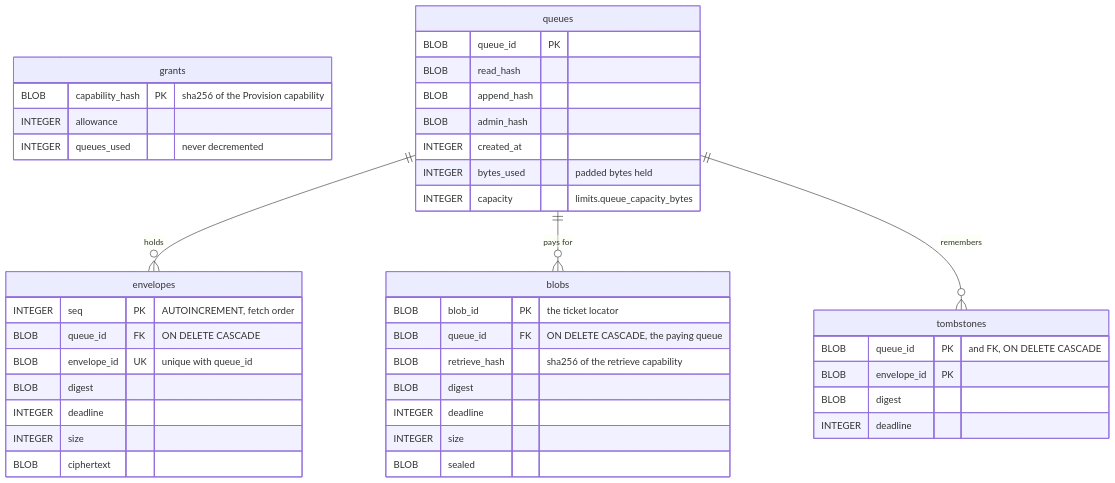
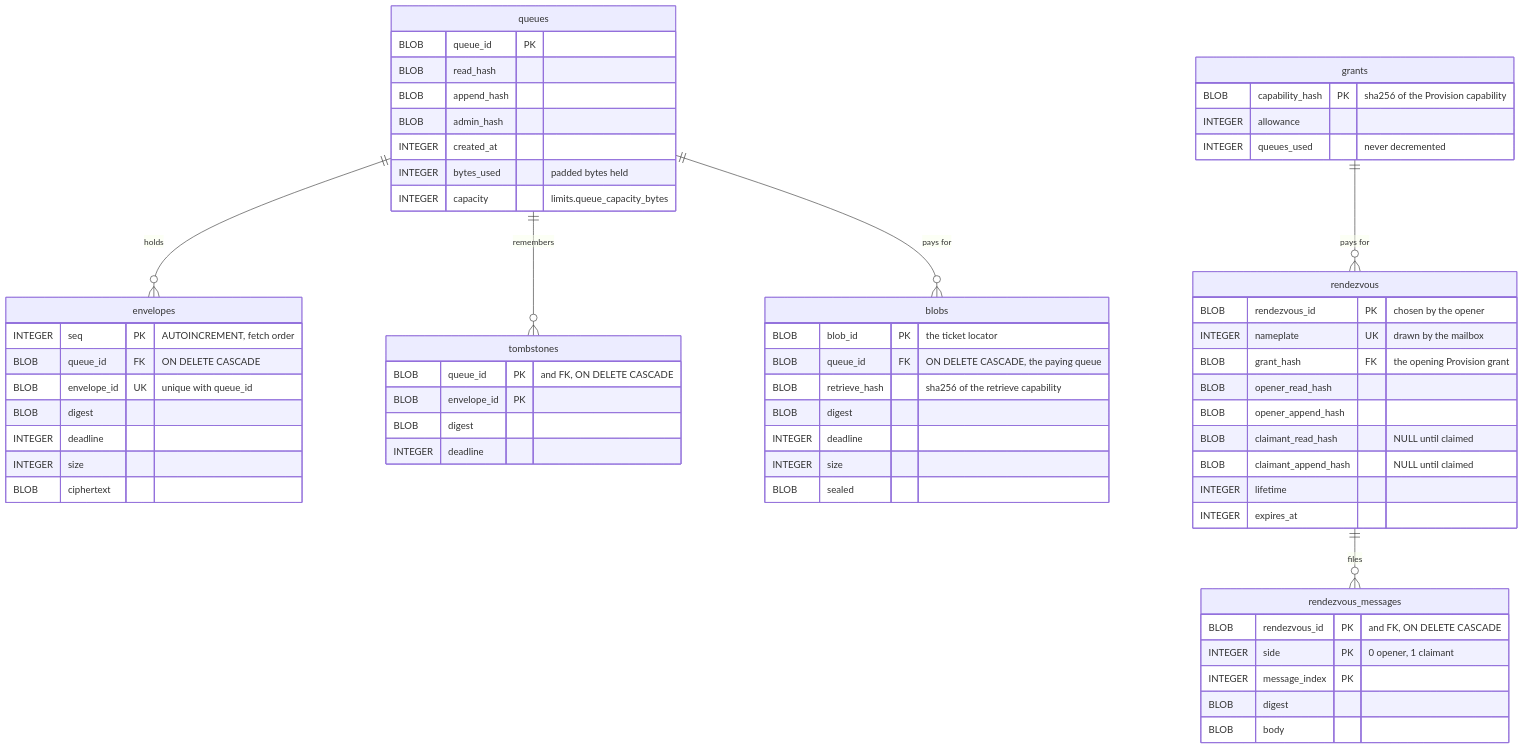
One commit to Roasbeef/pondline changed the sixth of 6 diagrams in docs/architecture/mailbox.md. Above: the diagram before and after it, drawn with Mermaid. The commit also changed other lines of this file and 7 other files, not shown here.

First line of the commit message:
docs: describe spoken pairing codes in the architecture docs

````diff
--- a/docs/architecture/mailbox.md
+++ b/docs/architecture/mailbox.md
@@ -319,44 +320,64 @@
 ```mermaid
 erDiagram
     grants {
         BLOB capability_hash PK "sha256 of the Provision capability"
         INTEGER allowance
         INTEGER queues_used "never decremented"
     }
     queues {
         BLOB queue_id PK
         BLOB read_hash
         BLOB append_hash
         BLOB admin_hash
         INTEGER created_at
         INTEGER bytes_used "padded bytes held"
         INTEGER capacity "limits.queue_capacity_bytes"
     }
     envelopes {
         INTEGER seq PK "AUTOINCREMENT, fetch order"
         BLOB queue_id FK "ON DELETE CASCADE"
         BLOB envelope_id UK "unique with queue_id"
         BLOB digest
         INTEGER deadline
         INTEGER size
         BLOB ciphertext
     }
     tombstones {
         BLOB queue_id PK "and FK, ON DELETE CASCADE"
         BLOB envelope_id PK
         BLOB digest
         INTEGER deadline
     }
     blobs {
         BLOB blob_id PK "the ticket locator"
         BLOB queue_id FK "ON DELETE CASCADE, the paying queue"
         BLOB retrieve_hash "sha256 of the retrieve capability"
         BLOB digest
         INTEGER deadline
         INTEGER size
         BLOB sealed
     }
+    rendezvous {
+        BLOB rendezvous_id PK "chosen by the opener"
+        INTEGER nameplate UK "drawn by the mailbox"
+        BLOB grant_hash FK "the opening Provision grant"
+        BLOB opener_read_hash
+        BLOB opener_append_hash
+        BLOB claimant_read_hash "NULL until claimed"
+        BLOB claimant_append_hash "NULL until claimed"
+        INTEGER lifetime
+        INTEGER expires_at
+    }
+    rendezvous_messages {
+        BLOB rendezvous_id PK "and FK, ON DELETE CASCADE"
+        INTEGER side PK "0 opener, 1 claimant"
+        INTEGER message_index PK
+        BLOB digest
+        BLOB body
+    }
     queues ||--o{ envelopes : holds
     queues ||--o{ blobs : "pays for"
     queues ||--o{ tombstones : remembers
+    grants ||--o{ rendezvous : "pays for"
+    rendezvous ||--o{ rendezvous_messages : files
 ```
````
